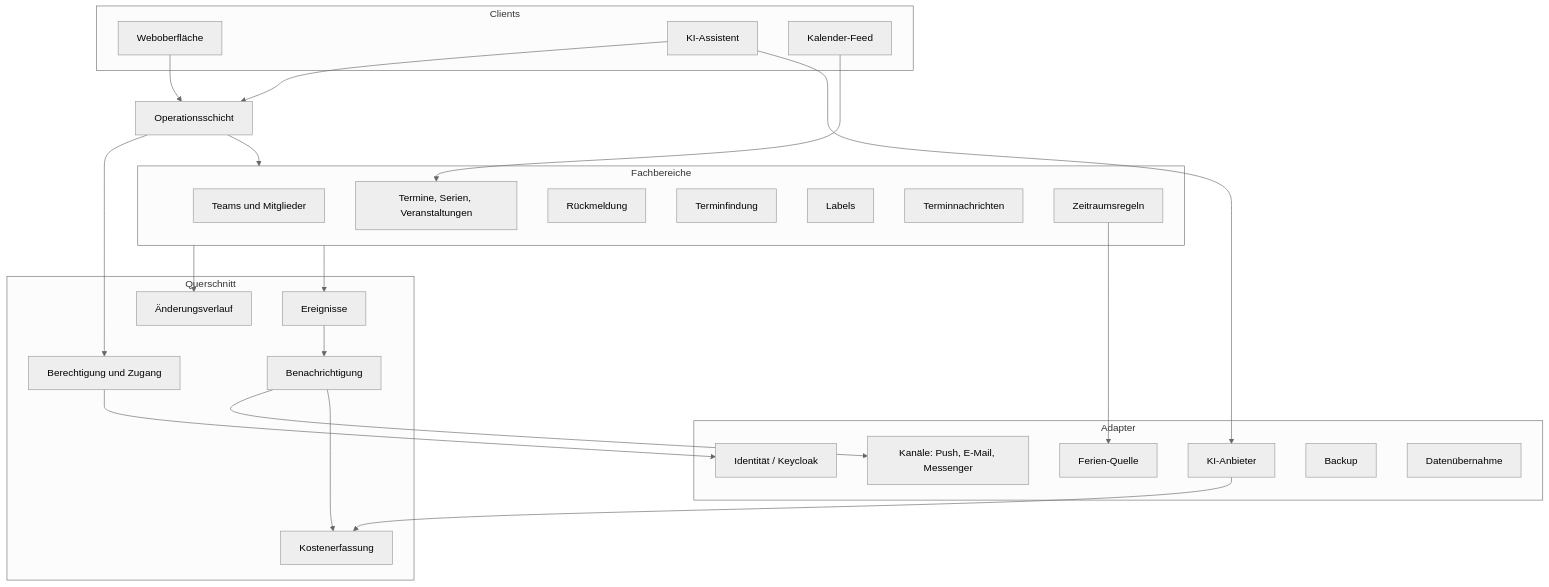
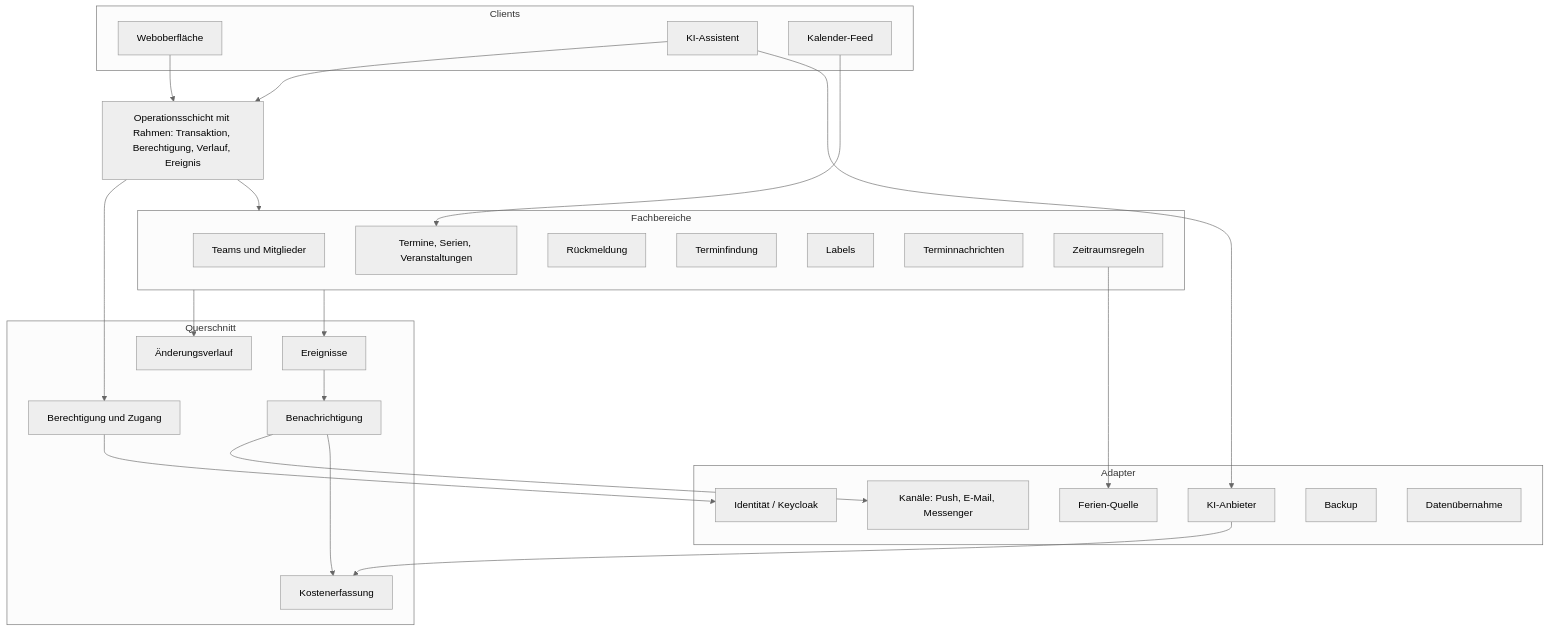
One commit to LetsFinishSchool/chronos-v3 changed the diagram in docs/arc42/05-bausteine/01-bausteinsicht.md. Above: the diagram before and after it, drawn with Mermaid (neutral theme). The commit also changed other lines of this file and 22 other files, not shown here.

````diff
--- a/docs/arc42/05-bausteine/01-bausteinsicht.md
+++ b/docs/arc42/05-bausteine/01-bausteinsicht.md
@@ -13,47 +15,47 @@
 ```mermaid
 flowchart TB
   subgraph Clients
     UI[Weboberfläche]
     AS[KI-Assistent]
     FD[Kalender-Feed]
   end
-  OP[Operationsschicht]
+  OP["Operationsschicht mit Rahmen: Transaktion, Berechtigung, Verlauf, Ereignis"]
   subgraph Fachbereiche
     TM[Teams und Mitglieder]
     TE[Termine, Serien, Veranstaltungen]
     RM[Rückmeldung]
     TF[Terminfindung]
     LB[Labels]
     NR[Terminnachrichten]
     ZR[Zeitraumsregeln]
   end
   subgraph Querschnitt
     BE[Berechtigung und Zugang]
     VL[Änderungsverlauf]
     EV[Ereignisse]
     NB[Benachrichtigung]
     KO[Kostenerfassung]
   end
   subgraph Adapter
     ID[Identität / Keycloak]
     KA[Kanäle: Push, E-Mail, Messenger]
     KI[KI-Anbieter]
     FE[Ferien-Quelle]
     BK[Backup]
     MG[Datenübernahme]
   end
   UI --> OP
   AS --> OP
   FD --> TE
   OP --> BE
   OP --> Fachbereiche
   Fachbereiche --> VL
   Fachbereiche --> EV
   EV --> NB
   NB --> KA
   NB --> KO
   AS --> KI
   KI --> KO
   BE --> ID
   ZR --> FE
 ```
````
